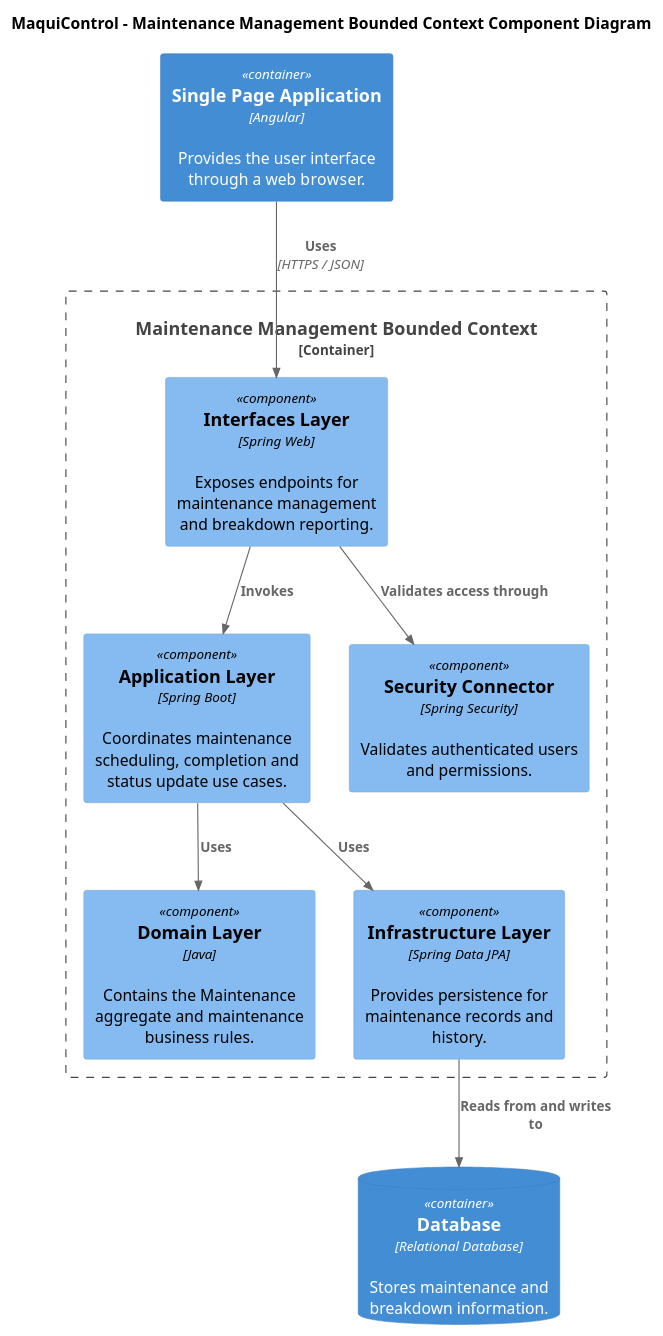
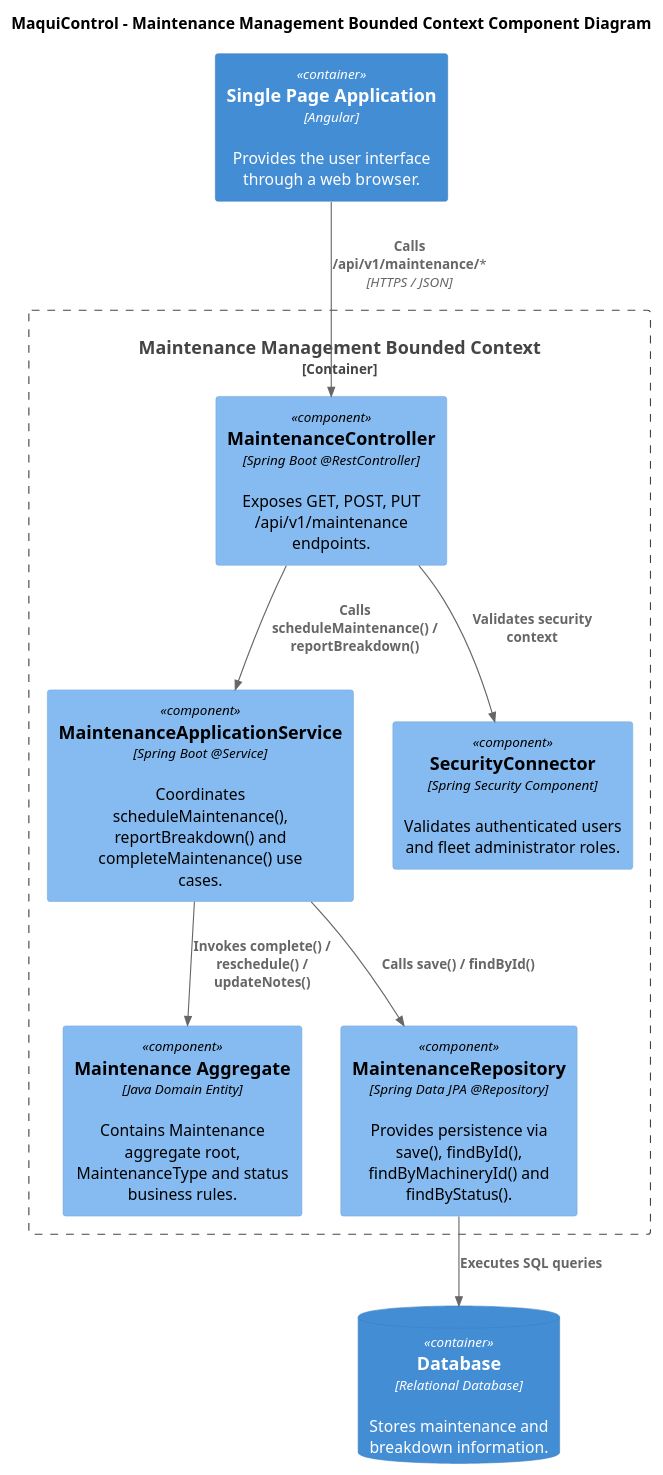
Before and after one commit to AndesHeavyTech/MaquiControl: the diagram in docs/architecture/components/maintenance-management-components.puml, drawn with PlantUML. The commit also changed 31 other files, not shown here.

Commit message:
docs(diagrams): update component descriptions and API endpoint details across multiple diagrams

```diff
--- a/docs/architecture/components/maintenance-management-components.puml
+++ b/docs/architecture/components/maintenance-management-components.puml
@@ -1,30 +1,30 @@
 @startuml
 !include <C4/C4_Component>
 
 title MaquiControl - Maintenance Management Bounded Context Component Diagram
 
 Container(webapp, "Single Page Application", "Angular", "Provides the user interface through a web browser.")
 
 Container_Boundary(maintenance, "Maintenance Management Bounded Context") {
 
-    Component(interfaces, "Interfaces Layer", "Spring Web", "Exposes endpoints for maintenance management and breakdown reporting.")
+    Component(interfaces, "MaintenanceController", "Spring Boot @RestController", "Exposes GET, POST, PUT /api/v1/maintenance endpoints.")
 
-    Component(application, "Application Layer", "Spring Boot", "Coordinates maintenance scheduling, completion and status update use cases.")
+    Component(application, "MaintenanceApplicationService", "Spring Boot @Service", "Coordinates scheduleMaintenance(), reportBreakdown() and completeMaintenance() use cases.")
 
-    Component(domain, "Domain Layer", "Java", "Contains the Maintenance aggregate and maintenance business rules.")
+    Component(domain, "Maintenance Aggregate", "Java Domain Entity", "Contains Maintenance aggregate root, MaintenanceType and status business rules.")
 
-    Component(infrastructure, "Infrastructure Layer", "Spring Data JPA", "Provides persistence for maintenance records and history.")
+    Component(infrastructure, "MaintenanceRepository", "Spring Data JPA @Repository", "Provides persistence via save(), findById(), findByMachineryId() and findByStatus().")
 
-    Component(security, "Security Connector", "Spring Security", "Validates authenticated users and permissions.")
+    Component(security, "SecurityConnector", "Spring Security Component", "Validates authenticated users and fleet administrator roles.")
 }
 
 ContainerDb(database, "Database", "Relational Database", "Stores maintenance and breakdown information.")
 
-Rel(webapp, interfaces, "Uses", "HTTPS / JSON")
-Rel(interfaces, application, "Invokes")
-Rel(application, domain, "Uses")
-Rel(application, infrastructure, "Uses")
-Rel(infrastructure, database, "Reads from and writes to")
-Rel(interfaces, security, "Validates access through")
+Rel(webapp, interfaces, "Calls /api/v1/maintenance/*", "HTTPS / JSON")
+Rel(interfaces, application, "Calls scheduleMaintenance() / reportBreakdown()")
+Rel(application, domain, "Invokes complete() / reschedule() / updateNotes()")
+Rel(application, infrastructure, "Calls save() / findById()")
+Rel(infrastructure, database, "Executes SQL queries")
+Rel(interfaces, security, "Validates security context")
 
 @enduml
```
